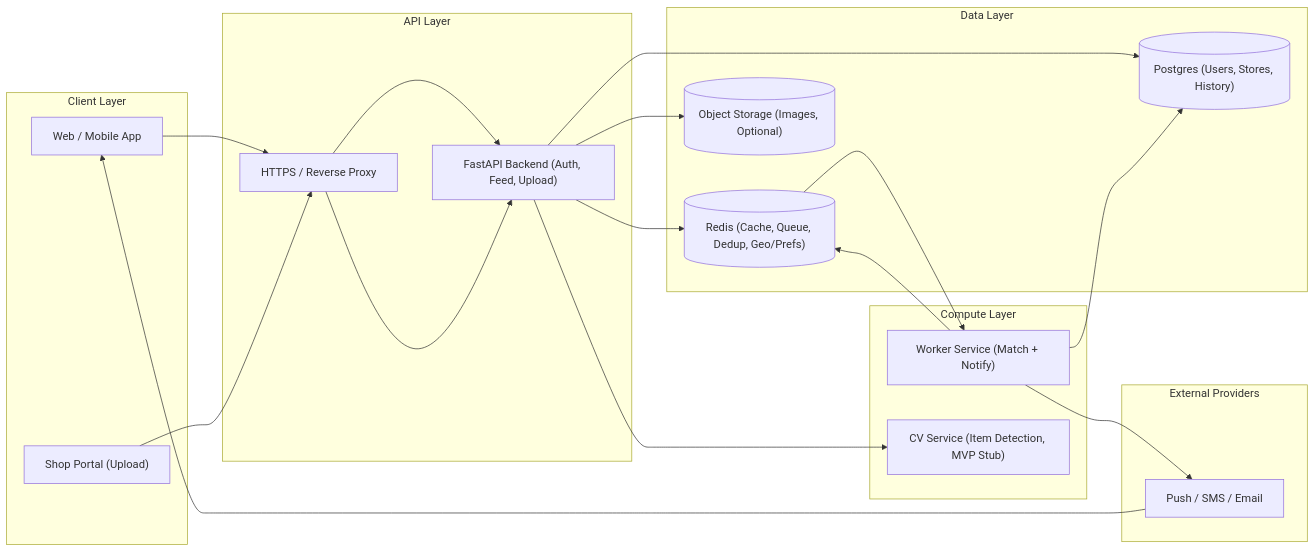
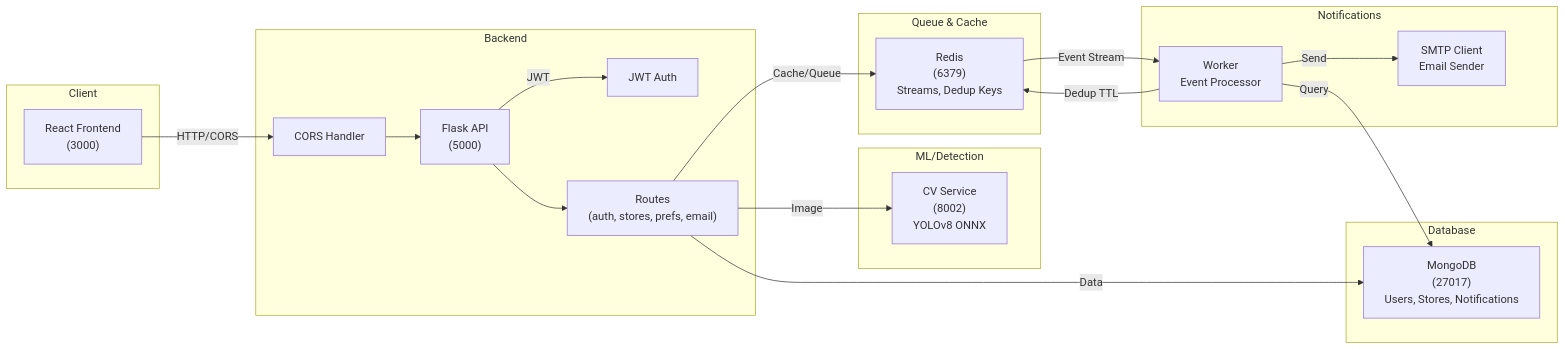
The second of 2 diagrams in README.md (ronitsohal05/Guardian), drawn with Mermaid before and after one commit. The commit also changed other lines of this file and 3 other files, not shown here.

````diff
--- a/README.md
+++ b/README.md
@@ -60,43 +132,42 @@
 ```mermaid
 flowchart LR
 
-subgraph Client["Client Layer"]
-  U["Web / Mobile App"]
-  S["Shop Portal (Upload)"]
+subgraph Client["Client"]
+  WEB["React Frontend<br/>(3000)"]
 end
 
-subgraph API_Layer["API Layer"]
-  LB["HTTPS / Reverse Proxy"]
-  API["FastAPI Backend (Auth, Feed, Upload)"]
+subgraph Backend["Backend"]
+  CORS["CORS Handler"]
+  API["Flask API<br/>(5000)"]
+  AUTH["JWT Auth"]
+  ROUTES["Routes<br/>(auth, stores, prefs, email)"]
 end
 
-subgraph Compute["Compute Layer"]
-  W["Worker Service (Match + Notify)"]
-  CV["CV Service (Item Detection, MVP Stub)"]
+subgraph ML["ML/Detection"]
+  CV["CV Service<br/>(8002)<br/>YOLOv8 ONNX"]
 end
 
-subgraph Data["Data Layer"]
-  R[("Redis (Cache, Queue, Dedup, Geo/Prefs)")]
-  DB[("Postgres (Users, Stores, History)")]
-  OBJ[("Object Storage (Images, Optional)")]
+subgraph Queue["Queue & Cache"]
+  REDIS["Redis<br/>(6379)<br/>Streams, Dedup Keys"]
 end
 
-subgraph External["External Providers"]
-  PUSH["Push / SMS / Email"]
+subgraph Database["Database"]
+  MONGO["MongoDB<br/>(27017)<br/>Users, Stores, Notifications"]
 end
 
-U --> LB --> API
-S --> LB --> API
+subgraph Notifications["Notifications"]
+  WORKER["Worker<br/>Event Processor"]
+  SMTP["SMTP Client<br/>Email Sender"]
+end
 
-API --> CV
-API --> OBJ
-API --> DB
-API --> R
-
-R --> W
-W --> R
-W --> DB
-W --> PUSH
-
-PUSH --> U
+WEB -->|HTTP/CORS| CORS --> API
+API -->|JWT| AUTH
+API --> ROUTES
+ROUTES -->|Image| CV
+ROUTES -->|Cache/Queue| REDIS
+ROUTES -->|Data| MONGO
+REDIS -->|Event Stream| WORKER
+WORKER -->|Query| MONGO
+WORKER -->|Send| SMTP
+WORKER -->|Dedup TTL| REDIS
 ```
````
